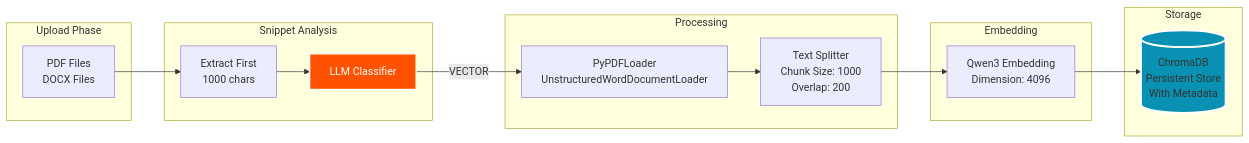
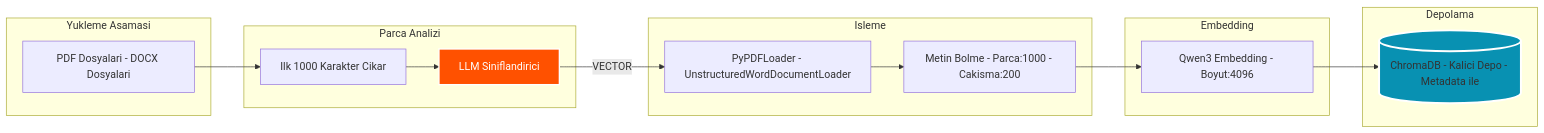
One commit to fillopisyu/KKB-Project changed the fifth of 8 diagrams in README.md. Above: the diagram before and after it, drawn with Mermaid. The commit also changed other lines of this file, not shown here.

First line of the commit message:
docs: Translate README to Turkish and fix Mermaid syntax errors

````diff
--- a/README.md
+++ b/README.md
@@ -350,34 +350,34 @@
 ```mermaid
 flowchart LR
-    subgraph "Upload Phase"
-        PDF[PDF Files<br/>DOCX Files]
+    subgraph "Yukleme Asamasi"
+        PDF[PDF Dosyalari - DOCX Dosyalari]
     end
     
-    subgraph "Snippet Analysis"
-        SNIPPET[Extract First<br/>1000 chars]
-        LLM[LLM Classifier]
+    subgraph "Parca Analizi"
+        SNIPPET[Ilk 1000 Karakter Cikar]
+        LLM[LLM Siniflandirici]
     end
     
-    subgraph "Processing"
-        LOADER[PyPDFLoader<br/>UnstructuredWordDocumentLoader]
-        SPLITTER[Text Splitter<br/>Chunk Size: 1000<br/>Overlap: 200]
+    subgraph "Isleme"
+        LOADER[PyPDFLoader - UnstructuredWordDocumentLoader]
+        SPLITTER[Metin Bolme - Parca:1000 - Cakisma:200]
     end
     
     subgraph "Embedding"
-        EMBED[Qwen3 Embedding<br/>Dimension: 4096]
+        EMBED[Qwen3 Embedding - Boyut:4096]
     end
     
-    subgraph "Storage"
-        CHROMA[(ChromaDB<br/>Persistent Store<br/>With Metadata)]
+    subgraph "Depolama"
+        CHROMA[(ChromaDB - Kalici Depo - Metadata ile)]
     end
     
     PDF --> SNIPPET
     SNIPPET --> LLM
     LLM -->|VECTOR| LOADER
     LOADER --> SPLITTER
     SPLITTER --> EMBED
     EMBED --> CHROMA
     
     style CHROMA fill:#0891b2,stroke:#fff,stroke-width:3px
     style LLM fill:#FF5100,stroke:#fff,stroke-width:2px,color:#fff
 ```
````
